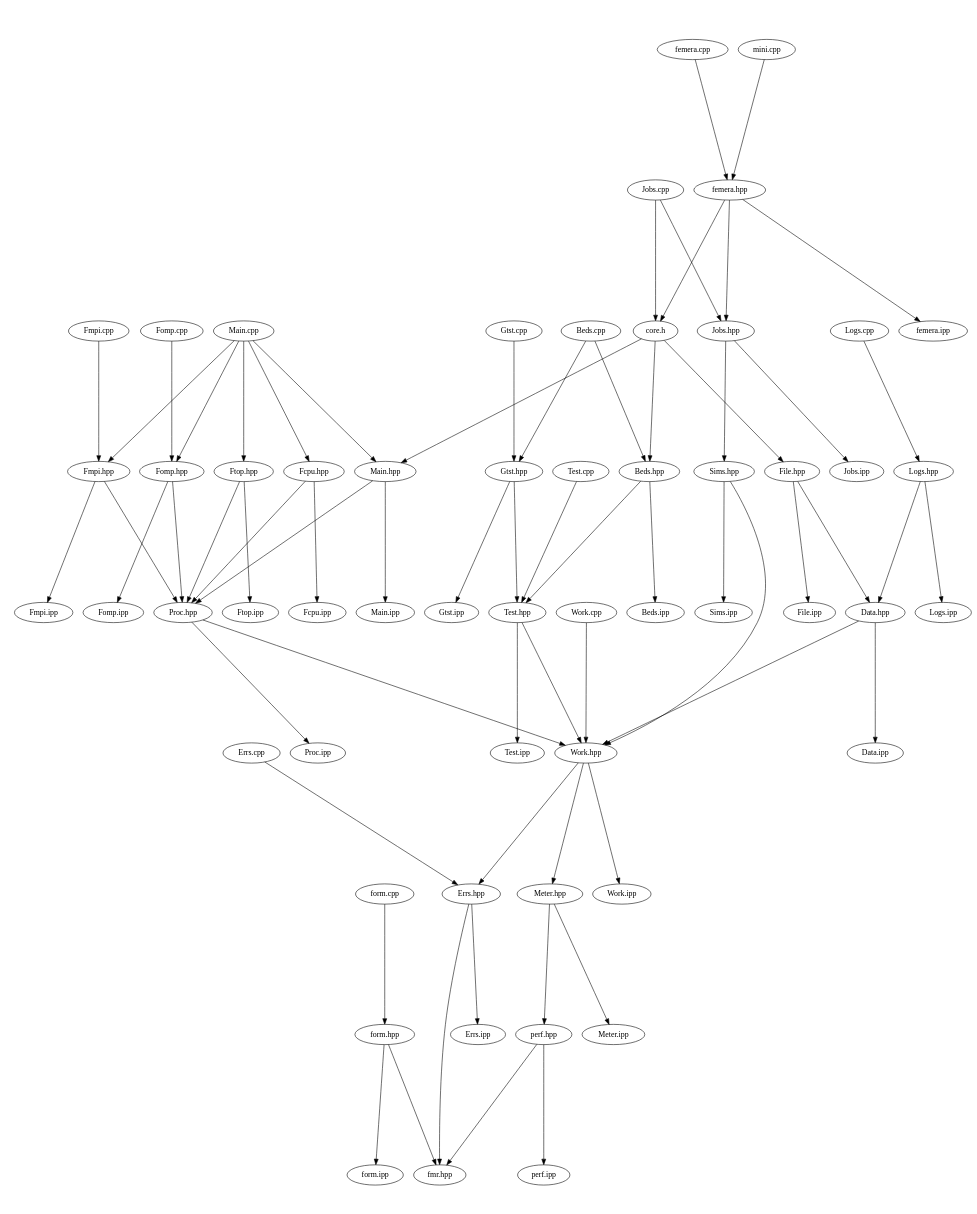
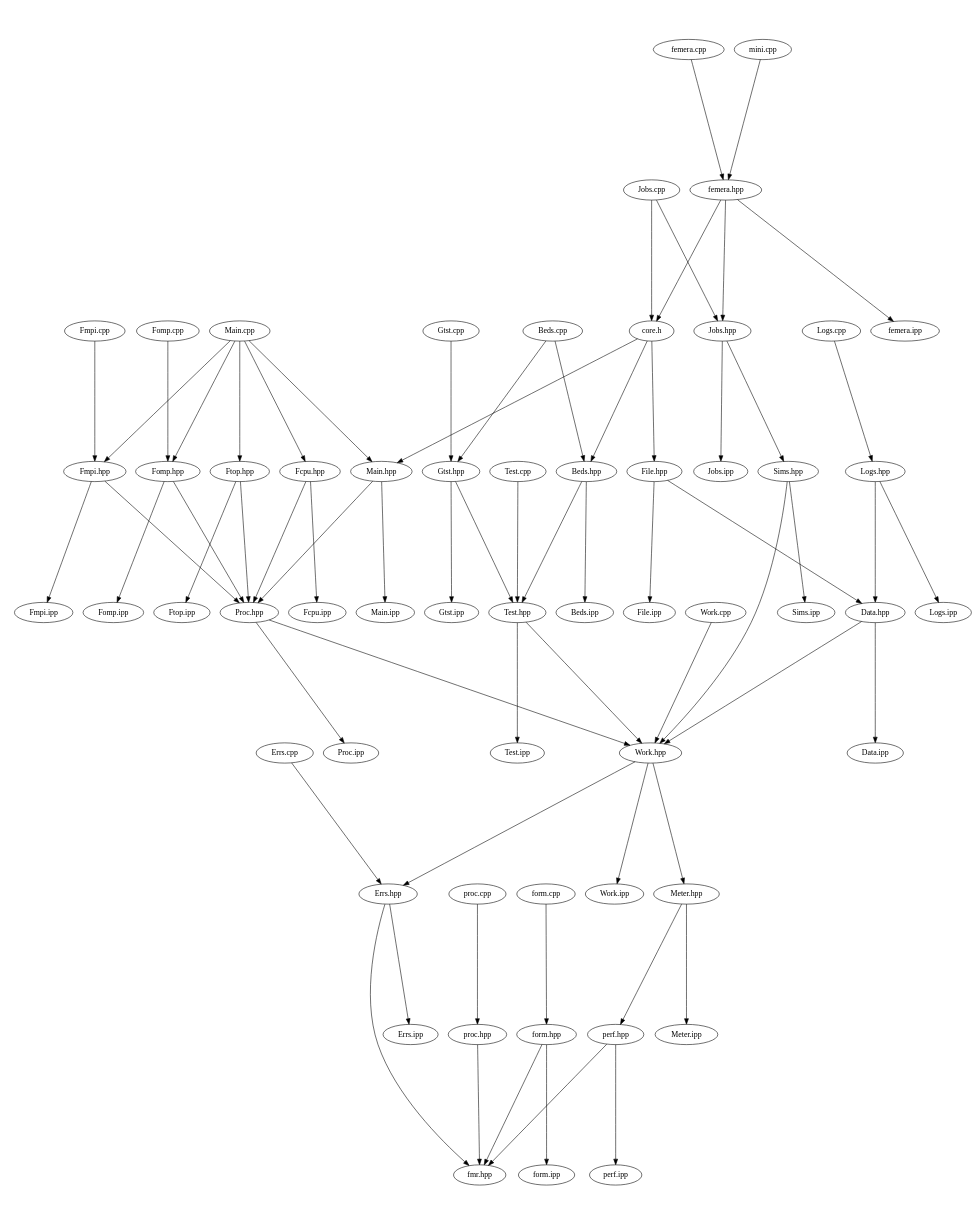
The diagram in src/docs/src-notest.dot (waggyz/femera-mini-app), drawn with Graphviz before and after one commit. The commit also changed 7 other files, not shown here.

Commit message:
moved library includes from femera::Proc.ipp to fmr:proc.cpp

```diff
--- a/src/docs/src-notest.dot
+++ b/src/docs/src-notest.dot
@@ -1,72 +1,74 @@
 digraph "source tree" {
     overlap=scale;
     size="8,10";
     ratio="fill";
     fontsize="16";
     fontname="Helvetica";
 	clusterrank="local";
 	"femera.hpp" -> "Jobs.hpp"
 	"Meter.hpp" -> "perf.hpp"
 	"Main.cpp" -> "Fomp.hpp"
 	"Sims.hpp" -> "Work.hpp"
 	"Errs.cpp" -> "Errs.hpp"
 	"femera.cpp" -> "femera.hpp"
 	"Work.hpp" -> "Errs.hpp"
 	"Fmpi.hpp" -> "Fmpi.ipp"
 	"Sims.hpp" -> "Sims.ipp"
 	"Jobs.hpp" -> "Jobs.ipp"
 	"Fomp.cpp" -> "Fomp.hpp"
 	"Logs.cpp" -> "Logs.hpp"
+	"proc.hpp" -> "fmr.hpp"
 	"Main.cpp" -> "Main.hpp"
 	"Proc.hpp" -> "Proc.ipp"
 	"Beds.cpp" -> "Gtst.hpp"
 	"Main.cpp" -> "Fmpi.hpp"
 	"core.h" -> "Main.hpp"
 	"Main.cpp" -> "Fcpu.hpp"
 	"Ftop.hpp" -> "Ftop.ipp"
 	"perf.hpp" -> "fmr.hpp"
 	"Data.hpp" -> "Data.ipp"
 	"Work.hpp" -> "Work.ipp"
 	"Main.cpp" -> "Ftop.hpp"
 	"Fmpi.hpp" -> "Proc.hpp"
 	"Test.hpp" -> "Work.hpp"
 	"form.hpp" -> "form.ipp"
 	"Gtst.cpp" -> "Gtst.hpp"
 	"femera.hpp" -> "femera.ipp"
 	"Fcpu.hpp" -> "Proc.hpp"
 	"Fomp.hpp" -> "Proc.hpp"
 	"File.hpp" -> "File.ipp"
 	"Meter.hpp" -> "Meter.ipp"
 	"core.h" -> "File.hpp"
 	"Fomp.hpp" -> "Fomp.ipp"
 	"Logs.hpp" -> "Data.hpp"
 	"Gtst.hpp" -> "Gtst.ipp"
 	"form.cpp" -> "form.hpp"
 	"perf.hpp" -> "perf.ipp"
+	"proc.cpp" -> "proc.hpp"
 	"Fmpi.cpp" -> "Fmpi.hpp"
 	"core.h" -> "Beds.hpp"
 	"Errs.hpp" -> "fmr.hpp"
 	"Fcpu.hpp" -> "Fcpu.ipp"
 	"Work.cpp" -> "Work.hpp"
 	"Errs.hpp" -> "Errs.ipp"
 	"Main.hpp" -> "Main.ipp"
 	"Test.cpp" -> "Test.hpp"
 	"Beds.cpp" -> "Beds.hpp"
 	"Jobs.hpp" -> "Sims.hpp"
 	"Jobs.cpp" -> "Jobs.hpp"
 	"Logs.hpp" -> "Logs.ipp"
 	"Ftop.hpp" -> "Proc.hpp"
 	"File.hpp" -> "Data.hpp"
 	"mini.cpp" -> "femera.hpp"
 	"Beds.hpp" -> "Test.hpp"
 	"Proc.hpp" -> "Work.hpp"
 	"form.hpp" -> "fmr.hpp"
 	"Gtst.hpp" -> "Test.hpp"
 	"Data.hpp" -> "Work.hpp"
 	"Beds.hpp" -> "Beds.ipp"
 	"femera.hpp" -> "core.h"
 	"Jobs.cpp" -> "core.h"
 	"Work.hpp" -> "Meter.hpp"
 	"Main.hpp" -> "Proc.hpp"
 	"Test.hpp" -> "Test.ipp"
 }
```
